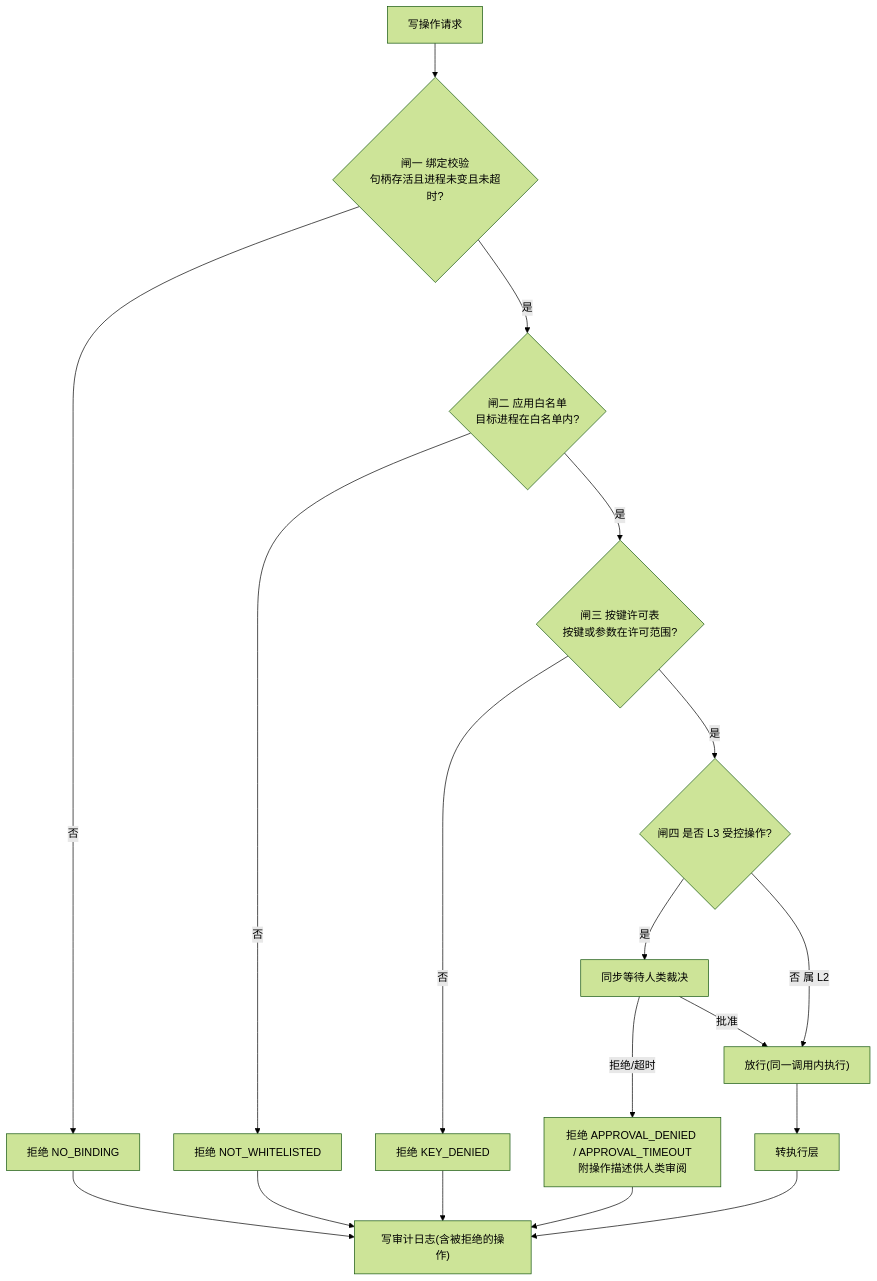
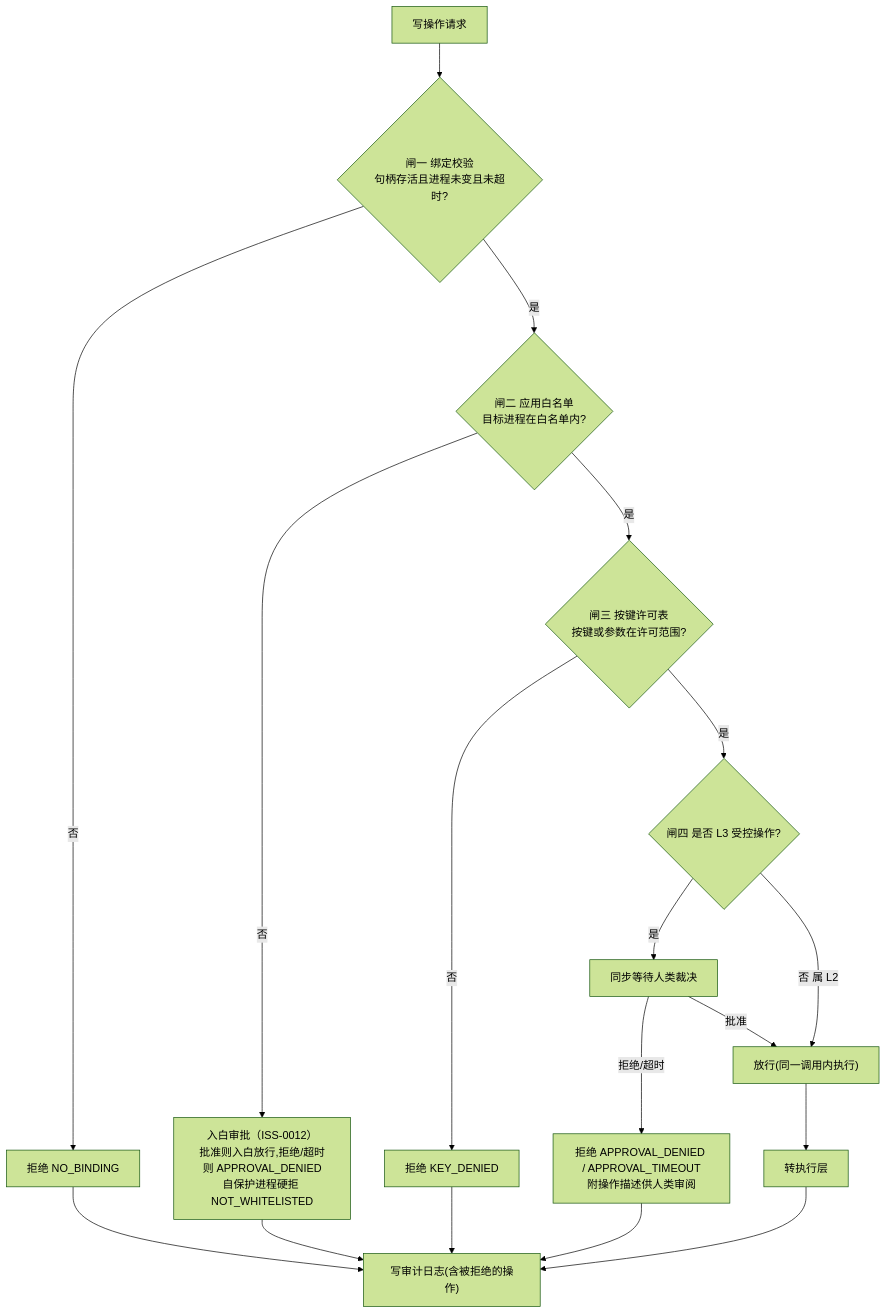
Before and after one commit to Ddfang-sdf/deskpilot: the fourth of 10 diagrams in docs/功能设计说明书.md, drawn with Mermaid (forest theme). The commit also changed other lines of this file and 25 other files, not shown here.

````diff
--- a/docs/功能设计说明书.md
+++ b/docs/功能设计说明书.md
@@ -189,20 +189,20 @@
 ```mermaid
 flowchart TD
     Req["写操作请求"] --> G1{"闸一 绑定校验<br/>句柄存活且进程未变且未超时?"}
     G1 -->|"否"| D1["拒绝 NO_BINDING"]
     G1 -->|"是"| G2{"闸二 应用白名单<br/>目标进程在白名单内?"}
-    G2 -->|"否"| D2["拒绝 NOT_WHITELISTED"]
+    G2 -->|"否"| D2["入白审批（ISS-0012）<br/>批准则入白放行,拒绝/超时则 APPROVAL_DENIED<br/>自保护进程硬拒 NOT_WHITELISTED"]
     G2 -->|"是"| G3{"闸三 按键许可表<br/>按键或参数在许可范围?"}
     G3 -->|"否"| D3["拒绝 KEY_DENIED"]
     G3 -->|"是"| G4{"闸四 是否 L3 受控操作?"}
     G4 -->|"是"| U4["同步等待人类裁决"]
     U4 -->|"批准"| Pass["放行(同一调用内执行)"]
     U4 -->|"拒绝/超时"| D4["拒绝 APPROVAL_DENIED / APPROVAL_TIMEOUT<br/>附操作描述供人类审阅"]
     G4 -->|"否 属 L2"| Pass
     Pass --> Exec["转执行层"]
     D1 --> Aud["写审计日志(含被拒绝的操作)"]
     D2 --> Aud
     D3 --> Aud
     D4 --> Aud
     Exec --> Aud
 ```
````
